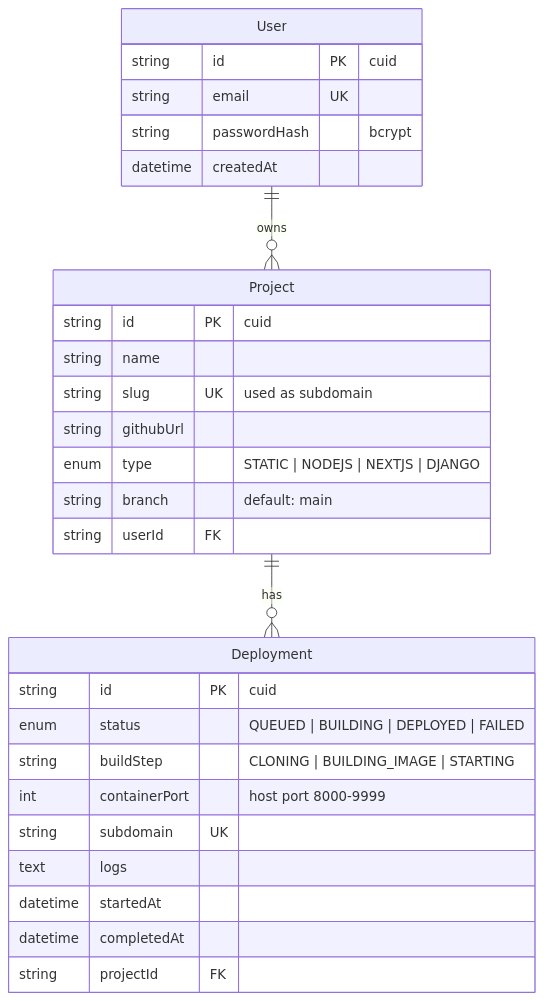
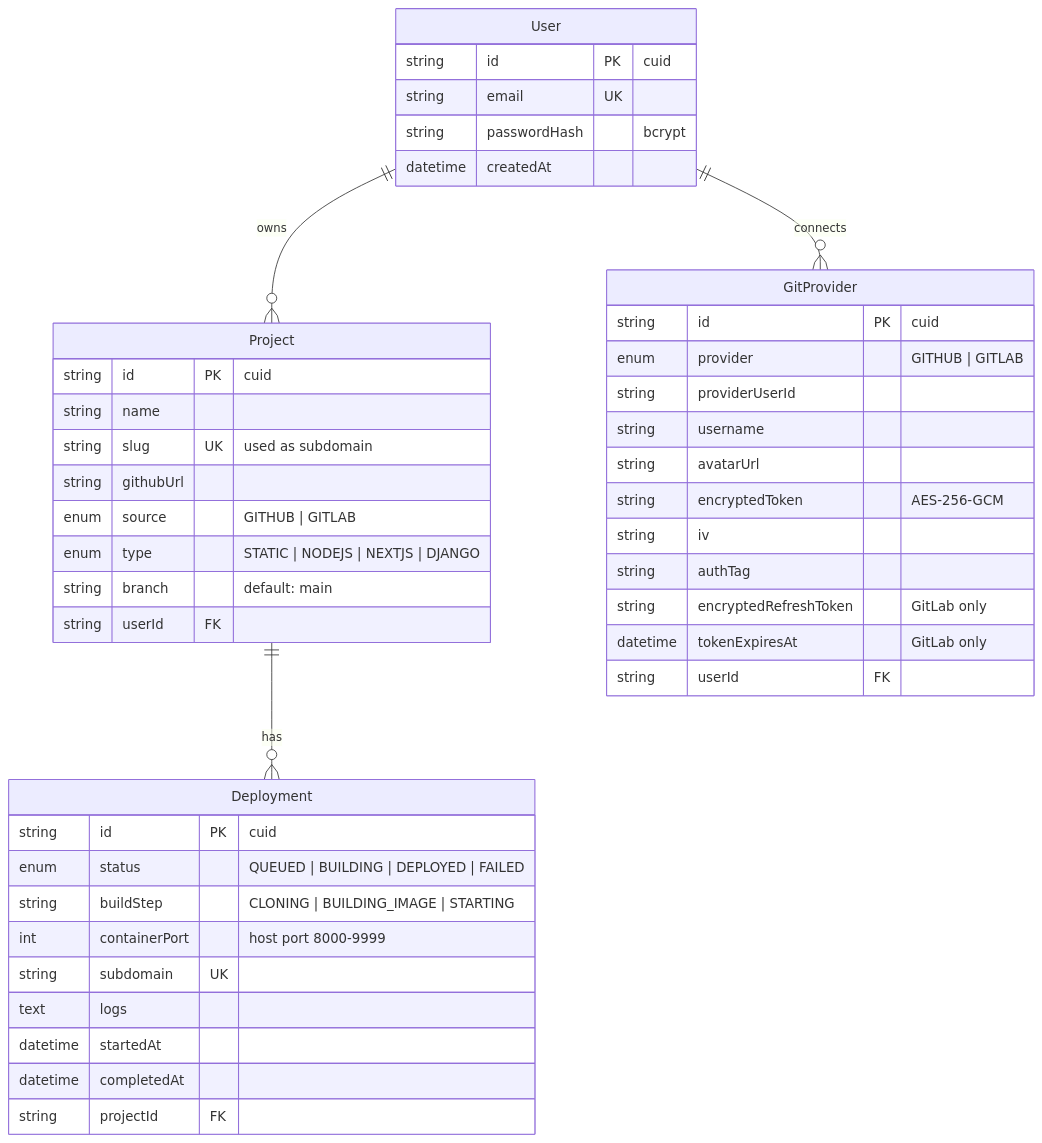
Before and after one commit to kpndevrootentri/dropdeploy: the third of 12 diagrams in docs/HOW-IT-WORKS.md, drawn with Mermaid. The commit also changed other lines of this file and 5 other files, not shown here.

````diff
--- a/docs/HOW-IT-WORKS.md
+++ b/docs/HOW-IT-WORKS.md
@@ -74,34 +74,50 @@
 ```mermaid
 erDiagram
     User ||--o{ Project : owns
+    User ||--o{ GitProvider : "connects"
     Project ||--o{ Deployment : has
 
     User {
         string id PK "cuid"
         string email UK
         string passwordHash "bcrypt"
         datetime createdAt
     }
 
+    GitProvider {
+        string id PK "cuid"
+        enum provider "GITHUB | GITLAB"
+        string providerUserId
+        string username
+        string avatarUrl
+        string encryptedToken "AES-256-GCM"
+        string iv
+        string authTag
+        string encryptedRefreshToken "GitLab only"
+        datetime tokenExpiresAt "GitLab only"
+        string userId FK
+    }
+
     Project {
         string id PK "cuid"
         string name
         string slug UK "used as subdomain"
         string githubUrl
+        enum source "GITHUB | GITLAB"
         enum type "STATIC | NODEJS | NEXTJS | DJANGO"
         string branch "default: main"
         string userId FK
     }
 
     Deployment {
         string id PK "cuid"
         enum status "QUEUED | BUILDING | DEPLOYED | FAILED"
         string buildStep "CLONING | BUILDING_IMAGE | STARTING"
         int containerPort "host port 8000-9999"
         string subdomain UK
         text logs
         datetime startedAt
         datetime completedAt
         string projectId FK
     }
 ```
````
